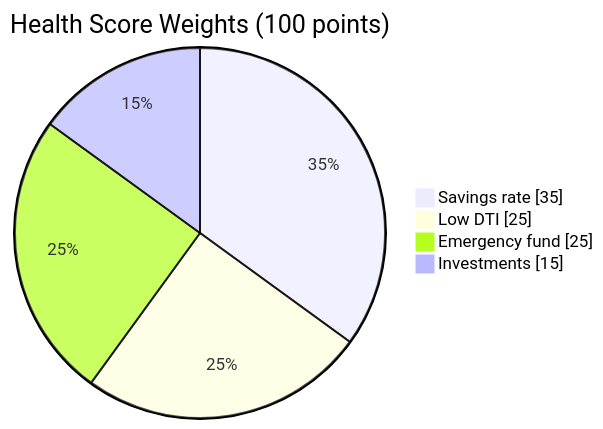
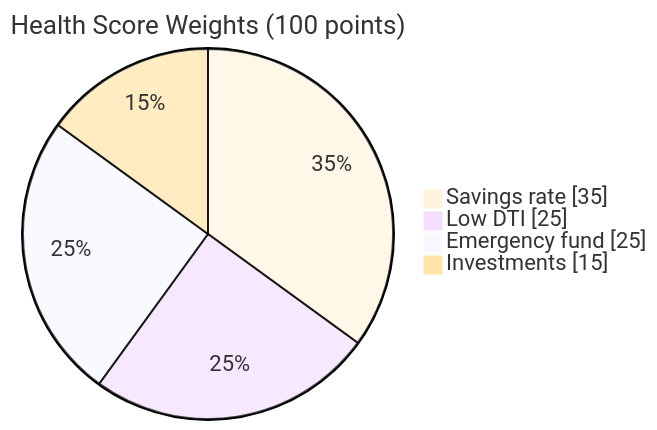
Before and after one commit to Mansi232323/MANSHORA: the seventh of 16 diagrams in README.md, drawn with Mermaid. The commit also changed other lines of this file, not shown here.

````diff
--- a/README.md
+++ b/README.md
@@ -196,7 +304,8 @@
 ```mermaid
+%%{init: {'theme':'base','themeVariables':{'fontSize':'22px','pieTitleTextSize':'26px','pieSectionTextSize':'22px','pieLegendTextSize':'22px'}}}%%
 pie showData title Health Score Weights (100 points)
     "Savings rate" : 35
     "Low DTI" : 25
     "Emergency fund" : 25
     "Investments" : 15
 ```
````
